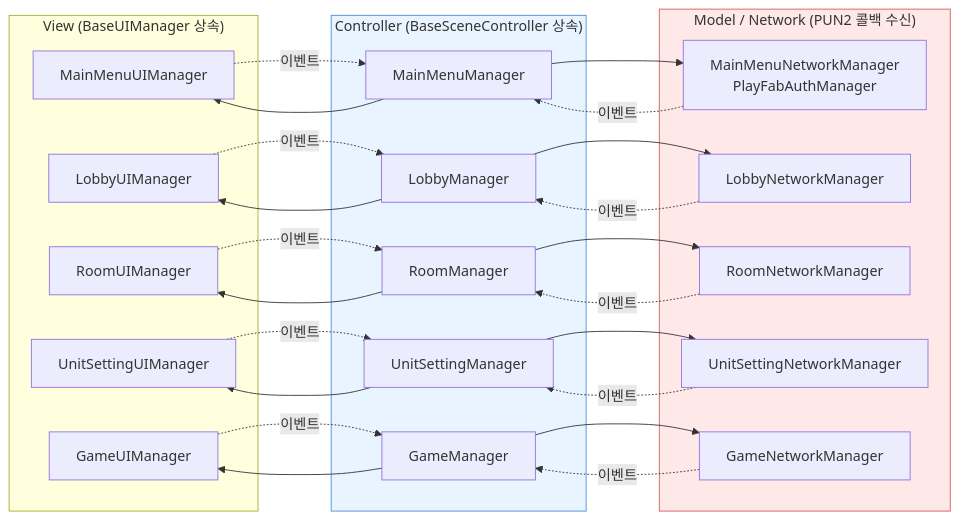
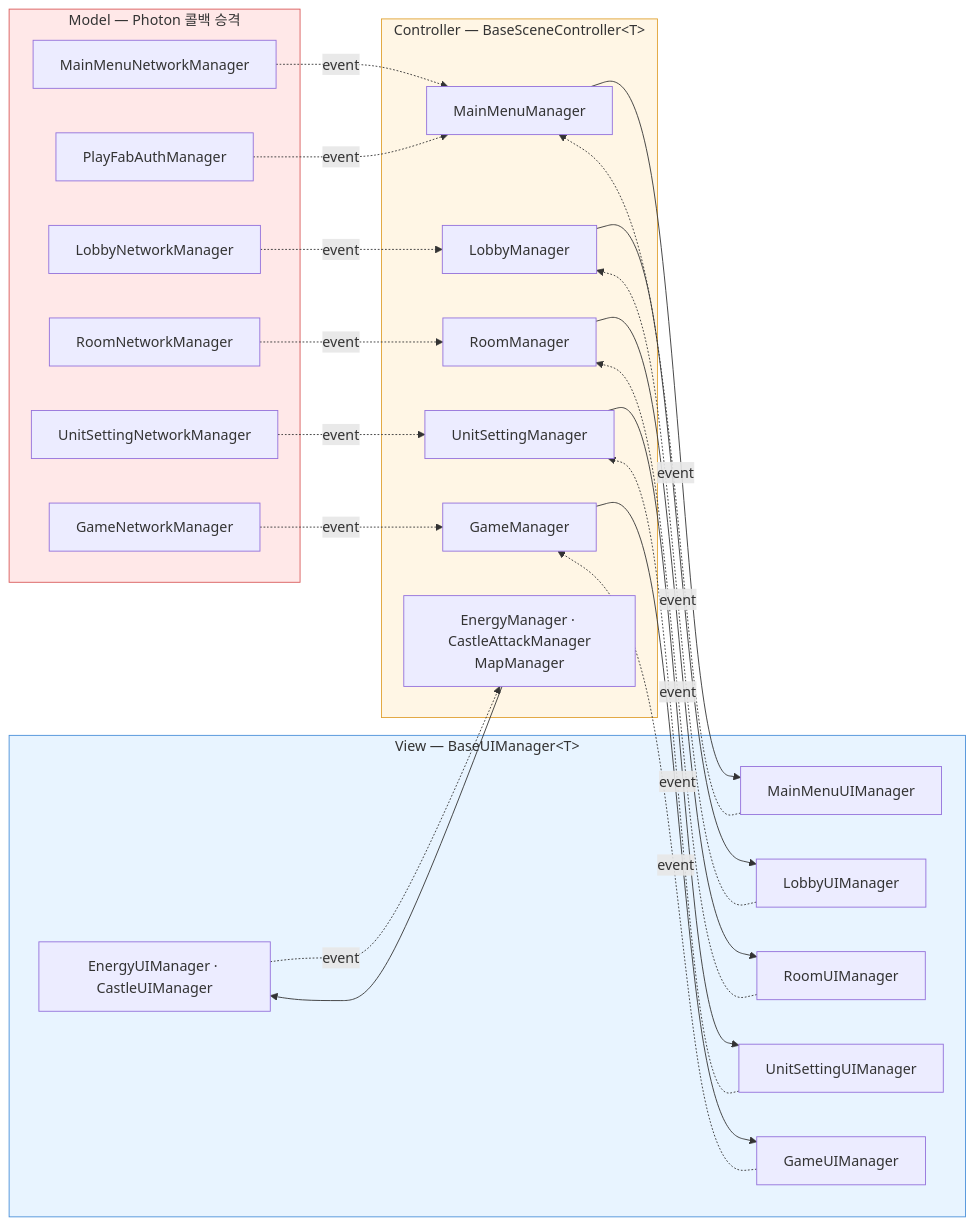
Before and after one commit to dbwoaud/ElementalWar_portfolio: the third of 15 diagrams in Docs/ClassDiagram.md, drawn with Mermaid. The commit also changed other lines of this file, not shown here.

````diff
--- a/Docs/ClassDiagram.md
+++ b/Docs/ClassDiagram.md
@@ -193,53 +240,52 @@
 ```mermaid
 flowchart LR
-    subgraph V["View (BaseUIManager 상속)"]
+    subgraph MODEL["Model — Photon 콜백 승격"]
+        N1["MainMenuNetworkManager"]
+        N2["LobbyNetworkManager"]
+        N3["RoomNetworkManager"]
+        N4["UnitSettingNetworkManager"]
+        N5["GameNetworkManager"]
+        N6["PlayFabAuthManager"]
+    end
+
+    subgraph VIEW["View — BaseUIManager&lt;T&gt;"]
         V1["MainMenuUIManager"]
         V2["LobbyUIManager"]
         V3["RoomUIManager"]
         V4["UnitSettingUIManager"]
         V5["GameUIManager"]
+        V6["EnergyUIManager · CastleUIManager"]
     end
 
-    subgraph C["Controller (BaseSceneController 상속)"]
+    subgraph CTRL["Controller — BaseSceneController&lt;T&gt;"]
         C1["MainMenuManager"]
         C2["LobbyManager"]
         C3["RoomManager"]
         C4["UnitSettingManager"]
         C5["GameManager"]
+        C6["EnergyManager · CastleAttackManager<br/>MapManager"]
     end
 
-    subgraph M["Model / Network (PUN2 콜백 수신)"]
-        M1["MainMenuNetworkManager<br/>PlayFabAuthManager"]
-        M2["LobbyNetworkManager"]
-        M3["RoomNetworkManager"]
-        M4["UnitSettingNetworkManager"]
-        M5["GameNetworkManager"]
-    end
-
-    V1 -. 이벤트 .-> C1
-    V2 -. 이벤트 .-> C2
-    V3 -. 이벤트 .-> C3
-    V4 -. 이벤트 .-> C4
-    V5 -. 이벤트 .-> C5
-
-    M1 -. 이벤트 .-> C1
-    M2 -. 이벤트 .-> C2
-    M3 -. 이벤트 .-> C3
-    M4 -. 이벤트 .-> C4
-    M5 -. 이벤트 .-> C5
-
+    N1 -. event .-> C1
+    N6 -. event .-> C1
+    N2 -. event .-> C2
+    N3 -. event .-> C3
+    N4 -. event .-> C4
+    N5 -. event .-> C5
+    V1 -. event .-> C1
+    V2 -. event .-> C2
+    V3 -. event .-> C3
+    V4 -. event .-> C4
+    V5 -. event .-> C5
+    V6 -. event .-> C6
     C1 --> V1
     C2 --> V2
     C3 --> V3
     C4 --> V4
     C5 --> V5
+    C6 --> V6
 
-    C1 --> M1
-    C2 --> M2
-    C3 --> M3
-    C4 --> M4
-    C5 --> M5
-
-    style C fill:#e8f4ff,stroke:#4a90d9
-    style M fill:#ffe8e8,stroke:#d95a5a
+    style MODEL fill:#ffe8e8,stroke:#d95a5a
+    style VIEW fill:#e8f4ff,stroke:#4a90d9
+    style CTRL fill:#fff6e5,stroke:#e0a030
 ```
````
